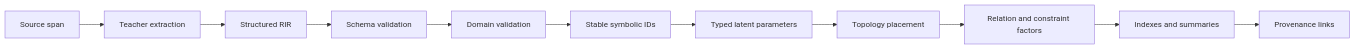
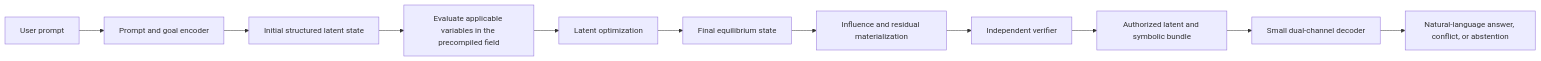
One commit to rishi-ie/LTM changed the second of 6 diagrams in docs/architecture.md. Above: the diagram before and after it, drawn with Mermaid. The commit also changed other lines of this file and 84 other files, not shown here.

````diff
--- a/docs/architecture.md
+++ b/docs/architecture.md
@@ -549,13 +51,16 @@
 ```mermaid
 flowchart LR
-    A["Source span"] --> B["Teacher extraction"]
-    B --> C["Structured RIR"]
-    C --> D["Schema validation"]
-    D --> E["Domain validation"]
-    E --> F["Stable symbolic IDs"]
-    F --> G["Typed latent parameters"]
-    G --> H["Topology placement"]
-    H --> I["Relation and constraint factors"]
-    I --> J["Indexes and summaries"]
-    J --> K["Provenance links"]
+    A["User prompt"]
+    B["Prompt and goal encoder"]
+    C["Initial structured latent state"]
+    D["Evaluate applicable variables in the precompiled field"]
+    E["Latent optimization"]
+    F["Final equilibrium state"]
+    G["Influence and residual materialization"]
+    H["Independent verifier"]
+    I["Authorized latent and symbolic bundle"]
+    J["Small dual-channel decoder"]
+    K["Natural-language answer, conflict, or abstention"]
+
+    A --> B --> C --> D --> E --> F --> G --> H --> I --> J --> K
 ```
````
